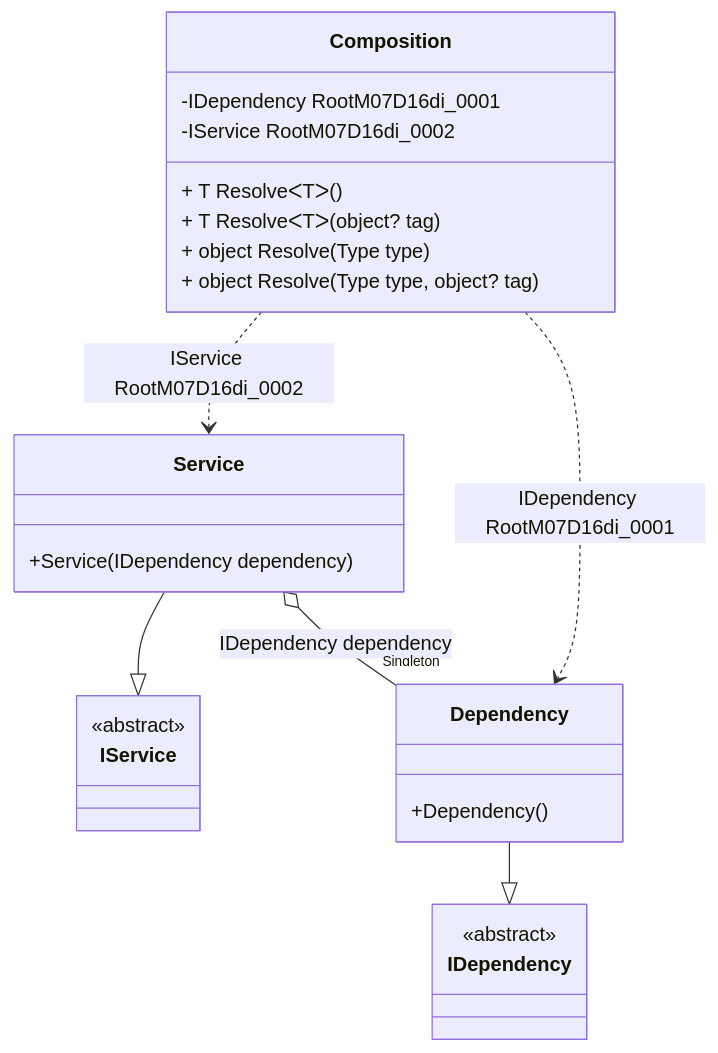
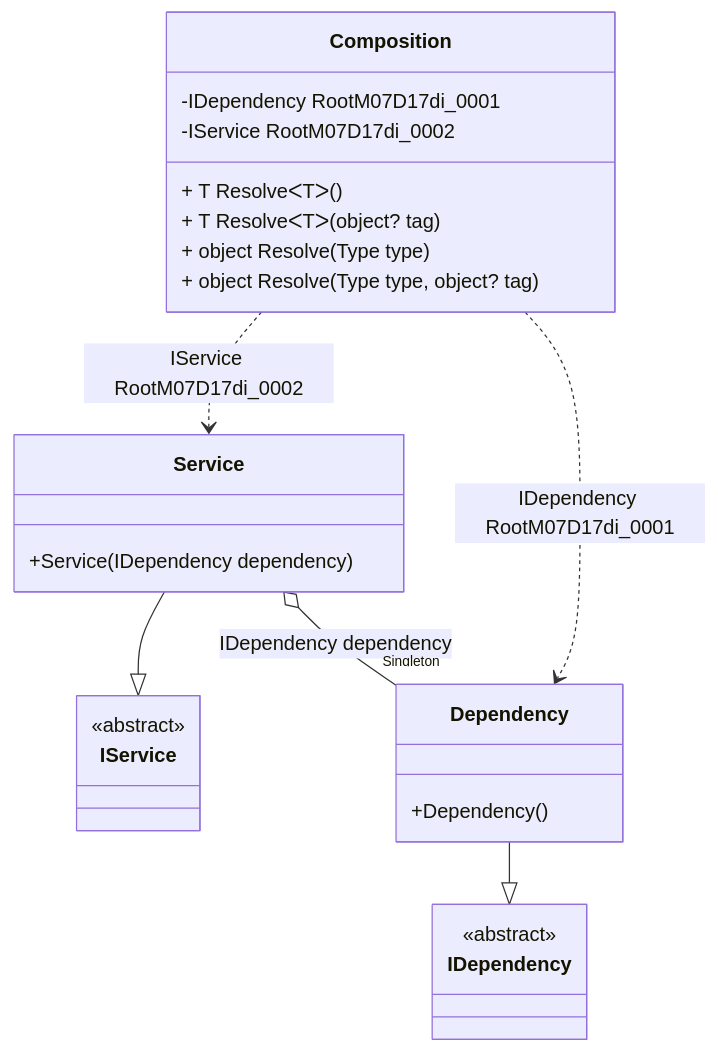
Before and after one commit to DevTeam/Pure.DI: the diagram in readme/service-collection.md, drawn with Mermaid. The commit also changed other lines of this file and 47 other files, not shown here.

````diff
--- a/readme/service-collection.md
+++ b/readme/service-collection.md
@@ -75,28 +75,28 @@
 ```mermaid
 classDiagram
   class Composition {
-    -IDependency RootM07D16di_0001
-    -IService RootM07D16di_0002
+    -IDependency RootM07D17di_0001
+    -IService RootM07D17di_0002
     + T ResolveᐸTᐳ()
     + T ResolveᐸTᐳ(object? tag)
     + object Resolve(Type type)
     + object Resolve(Type type, object? tag)
   }
   Service --|> IService : 
   class Service {
     +Service(IDependency dependency)
   }
   Dependency --|> IDependency : 
   class Dependency {
     +Dependency()
   }
   class IService {
     <<abstract>>
   }
   class IDependency {
     <<abstract>>
   }
   Service o--  "Singleton" Dependency : IDependency dependency
-  Composition ..> Dependency : IDependency RootM07D16di_0001
-  Composition ..> Service : IService RootM07D16di_0002
+  Composition ..> Dependency : IDependency RootM07D17di_0001
+  Composition ..> Service : IService RootM07D17di_0002
 ```
````
